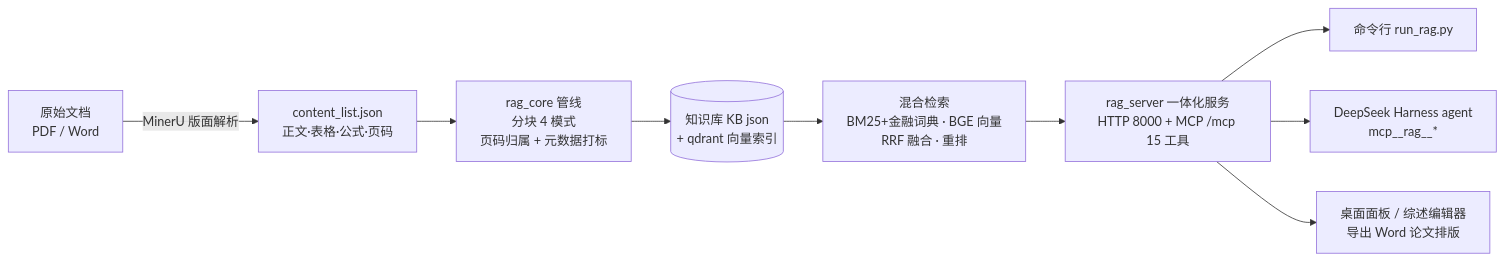
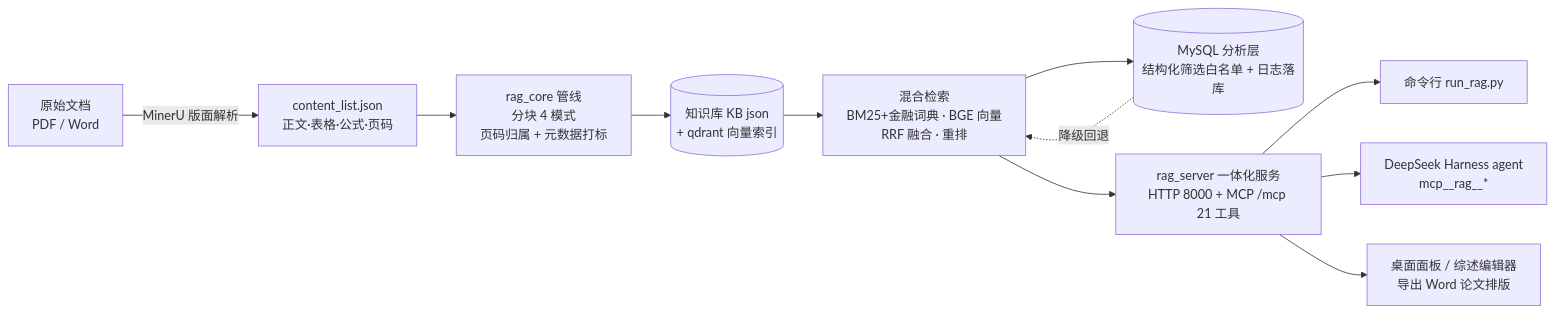
One commit to Miochiii/finance-paper-RAG changed the diagram in README.md. Above: the diagram before and after it, drawn with Mermaid. The commit also changed other lines of this file and 9 other files, not shown here.

````diff
--- a/README.md
+++ b/README.md
@@ -25,11 +26,13 @@
 ```mermaid
 flowchart LR
     A[原始文档<br/>PDF / Word] -->|MinerU 版面解析| B[content_list.json<br/>正文·表格·公式·页码]
     B --> C[rag_core 管线<br/>分块 4 模式<br/>页码归属 + 元数据打标]
     C --> D[(知识库 KB json<br/>+ qdrant 向量索引)]
     D --> E[混合检索<br/>BM25+金融词典 · BGE 向量<br/>RRF 融合 · 重排]
-    E --> F[rag_server 一体化服务<br/>HTTP 8000 + MCP /mcp 15 工具]
+    E --> M[(MySQL 分析层<br/>结构化筛选白名单 + 日志落库)]
+    M -.降级回退.-> E
+    E --> F[rag_server 一体化服务<br/>HTTP 8000 + MCP /mcp 21 工具]
     F --> G[命令行 run_rag.py]
     F --> H[DeepSeek Harness agent<br/>mcp__rag__*]
     F --> I[桌面面板 / 综述编辑器<br/>导出 Word 论文排版]
 ```
````
